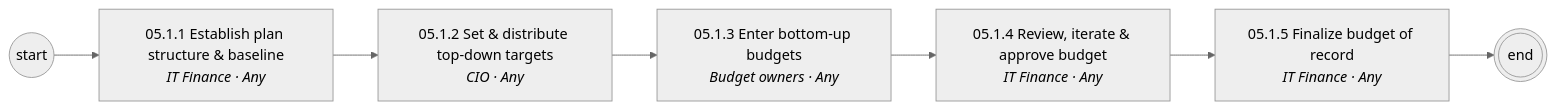
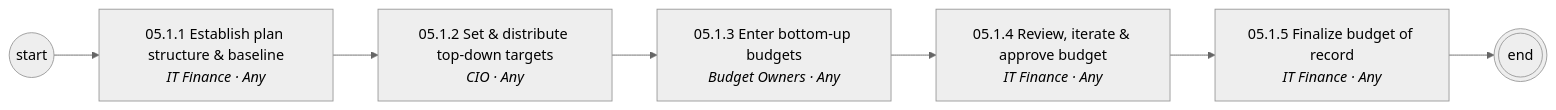
Before and after one commit to corbyjames/apptio-process-catalog: the second of 9 diagrams in diagrams/mermaid/area-05.md, drawn with Mermaid (neutral theme). The commit also changed other lines of this file and 251 other files, not shown here.

````diff
--- a/diagrams/mermaid/area-05.md
+++ b/diagrams/mermaid/area-05.md
@@ -29,15 +31,15 @@
 ```mermaid
 flowchart LR
   S((start))
   N05_1_1["05.1.1 Establish plan structure & baseline<br/><i>IT Finance · Any</i>"]
   S --> N05_1_1
   N05_1_2["05.1.2 Set & distribute top-down targets<br/><i>CIO · Any</i>"]
   N05_1_1 --> N05_1_2
-  N05_1_3["05.1.3 Enter bottom-up budgets<br/><i>Budget owners · Any</i>"]
+  N05_1_3["05.1.3 Enter bottom-up budgets<br/><i>Budget Owners · Any</i>"]
   N05_1_2 --> N05_1_3
   N05_1_4["05.1.4 Review, iterate & approve budget<br/><i>IT Finance · Any</i>"]
   N05_1_3 --> N05_1_4
   N05_1_5["05.1.5 Finalize budget of record<br/><i>IT Finance · Any</i>"]
   N05_1_4 --> N05_1_5
   N05_1_5 --> E(((end)))
 ```
````
